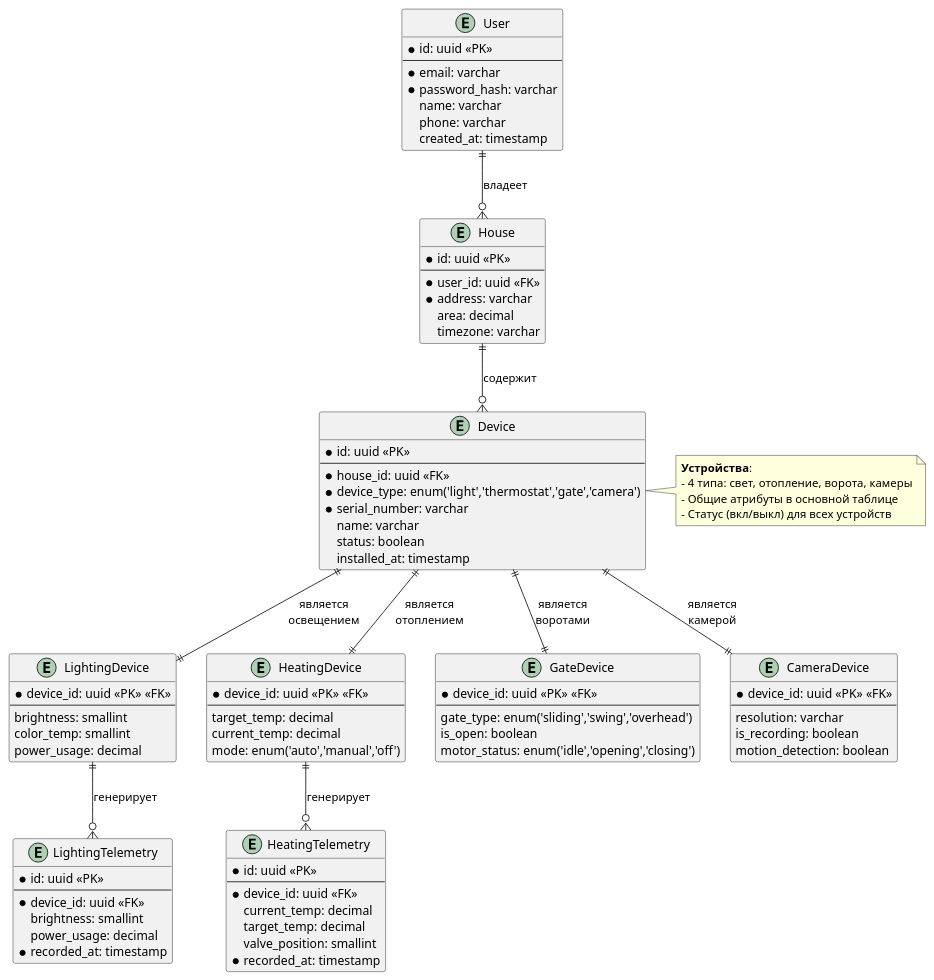
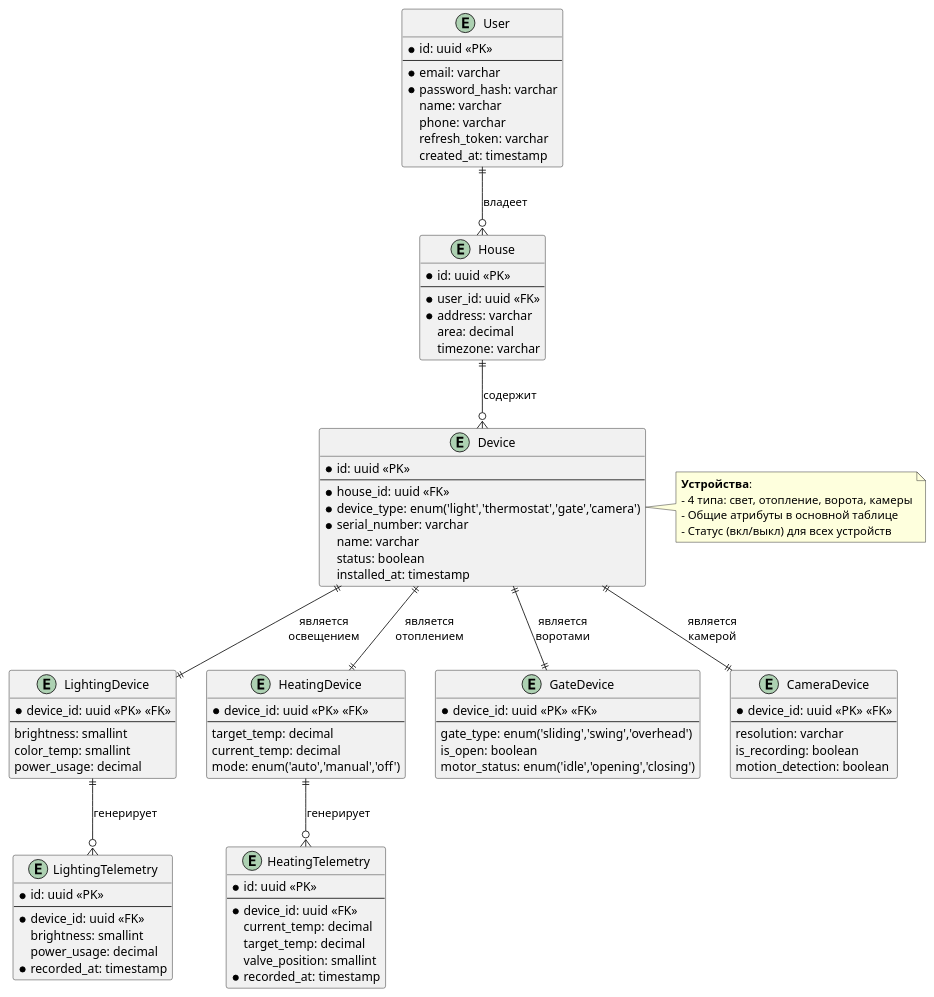
One commit to aklightcode/warmhouse changed the diagram in diagrams/ER/ER.puml. Above: the diagram before and after it, drawn with PlantUML. The commit also changed 8 other files, not shown here.

```diff
--- a/diagrams/ER/ER.puml
+++ b/diagrams/ER/ER.puml
@@ -1,105 +1,106 @@
 @startuml
 
 ' Сущности
 entity "User" as user {
   *id: uuid <<PK>>
   --
   *email: varchar
   *password_hash: varchar
   name: varchar
   phone: varchar
+  refresh_token: varchar
   created_at: timestamp
 }
 
 entity "House" as house {
   *id: uuid <<PK>>
   --
   *user_id: uuid <<FK>>
   *address: varchar
   area: decimal
   timezone: varchar
 }
 
 entity "Device" as device {
   *id: uuid <<PK>>
   --
   *house_id: uuid <<FK>>
   *device_type: enum('light','thermostat','gate','camera')
   *serial_number: varchar
   name: varchar
   status: boolean
   installed_at: timestamp
 }
 
 entity "LightingDevice" as lighting {
   *device_id: uuid <<PK>> <<FK>>
   --
   brightness: smallint
   color_temp: smallint
   power_usage: decimal
 }
 
 entity "HeatingDevice" as heating {
   *device_id: uuid <<PK>> <<FK>>
   --
   target_temp: decimal
   current_temp: decimal
   mode: enum('auto','manual','off')
 }
 
 entity "GateDevice" as gate {
   *device_id: uuid <<PK>> <<FK>>
   --
   gate_type: enum('sliding','swing','overhead')
   is_open: boolean
   motor_status: enum('idle','opening','closing')
 }
 
 entity "CameraDevice" as camera {
   *device_id: uuid <<PK>> <<FK>>
   --
   resolution: varchar
   is_recording: boolean
   motion_detection: boolean
 }
 
 entity "LightingTelemetry" as l_telemetry {
   *id: uuid <<PK>>
   --
   *device_id: uuid <<FK>>
   brightness: smallint
   power_usage: decimal
   *recorded_at: timestamp
 }
 
 entity "HeatingTelemetry" as h_telemetry {
   *id: uuid <<PK>>
   --
   *device_id: uuid <<FK>>
   current_temp: decimal
   target_temp: decimal
   valve_position: smallint
   *recorded_at: timestamp
 }
 
 ' Связи
 user ||--o{ house : "владеет"
 house ||--o{ device : "содержит"
 
 device ||--|| lighting : "является\nосвещением"
 device ||--|| heating : "является\nотоплением"
 device ||--|| gate : "является\nворотами"
 device ||--|| camera : "является\nкамерой"
 
 lighting ||--o{ l_telemetry : "генерирует"
 heating ||--o{ h_telemetry : "генерирует"
 
 ' Нотации
 note right of device
   **Устройства**:
   - 4 типа: свет, отопление, ворота, камеры
   - Общие атрибуты в основной таблице
   - Статус (вкл/выкл) для всех устройств
 end note
 
 @enduml
```
